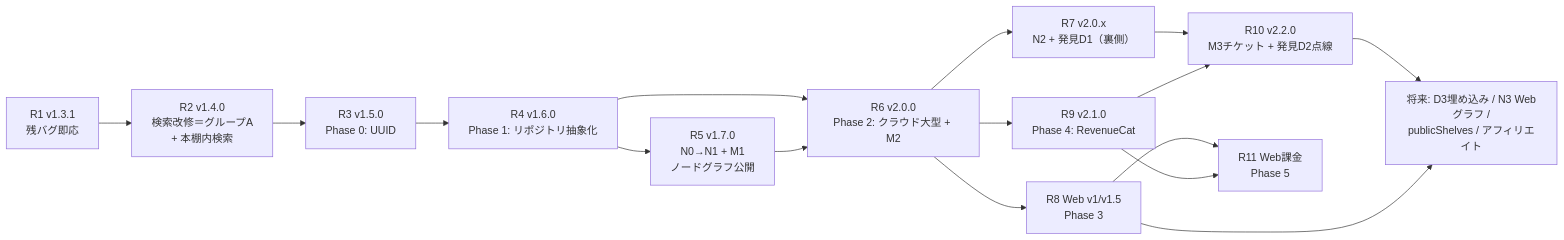
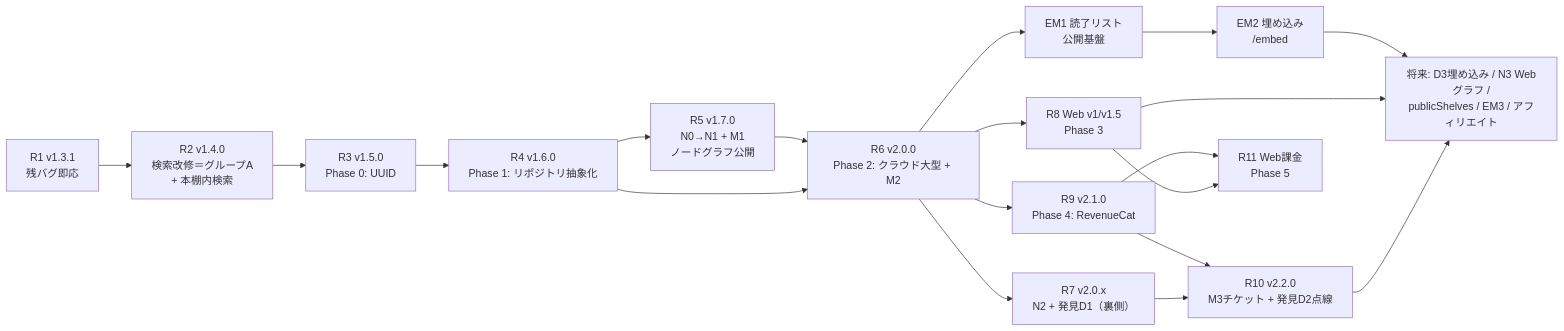
Before and after one commit to minayamahata/bookbank-100days-log: the diagram in docs/implementation-roadmap.md, drawn with Mermaid. The commit also changed other lines of this file and 2 other files, not shown here.

Commit message:
読了リスト公開・埋め込み（EM1/EM2）をロードマップと関連設計書に反映

````diff
--- a/docs/implementation-roadmap.md
+++ b/docs/implementation-roadmap.md
@@ -23,18 +24,21 @@
 ```mermaid
 flowchart LR
     R1[R1 v1.3.1<br/>残バグ即応] --> R2[R2 v1.4.0<br/>検索改修＝グループA<br/>+ 本棚内検索]
     R2 --> R3[R3 v1.5.0<br/>Phase 0: UUID]
     R3 --> R4[R4 v1.6.0<br/>Phase 1: リポジトリ抽象化]
     R4 --> R5[R5 v1.7.0<br/>N0→N1 + M1<br/>ノードグラフ公開]
     R4 --> R6[R6 v2.0.0<br/>Phase 2: クラウド大型 + M2]
     R5 --> R6
     R6 --> R7[R7 v2.0.x<br/>N2 + 発見D1（裏側）]
     R6 --> R8[R8 Web v1/v1.5<br/>Phase 3]
+    R6 --> EM1[EM1 読了リスト<br/>公開基盤]
+    EM1 --> EM2[EM2 埋め込み<br/>/embed]
     R6 --> R9[R9 v2.1.0<br/>Phase 4: RevenueCat]
     R7 --> R10[R10 v2.2.0<br/>M3チケット + 発見D2点線]
     R9 --> R10
     R8 --> R11[R11 Web課金<br/>Phase 5]
     R9 --> R11
-    R10 --> F[将来: D3埋め込み / N3 Webグラフ /<br/>publicShelves / アフィリエイト]
+    R10 --> F[将来: D3埋め込み / N3 Webグラフ /<br/>publicShelves / EM3 / アフィリエイト]
     R8 --> F
+    EM2 --> F
 ```
````
